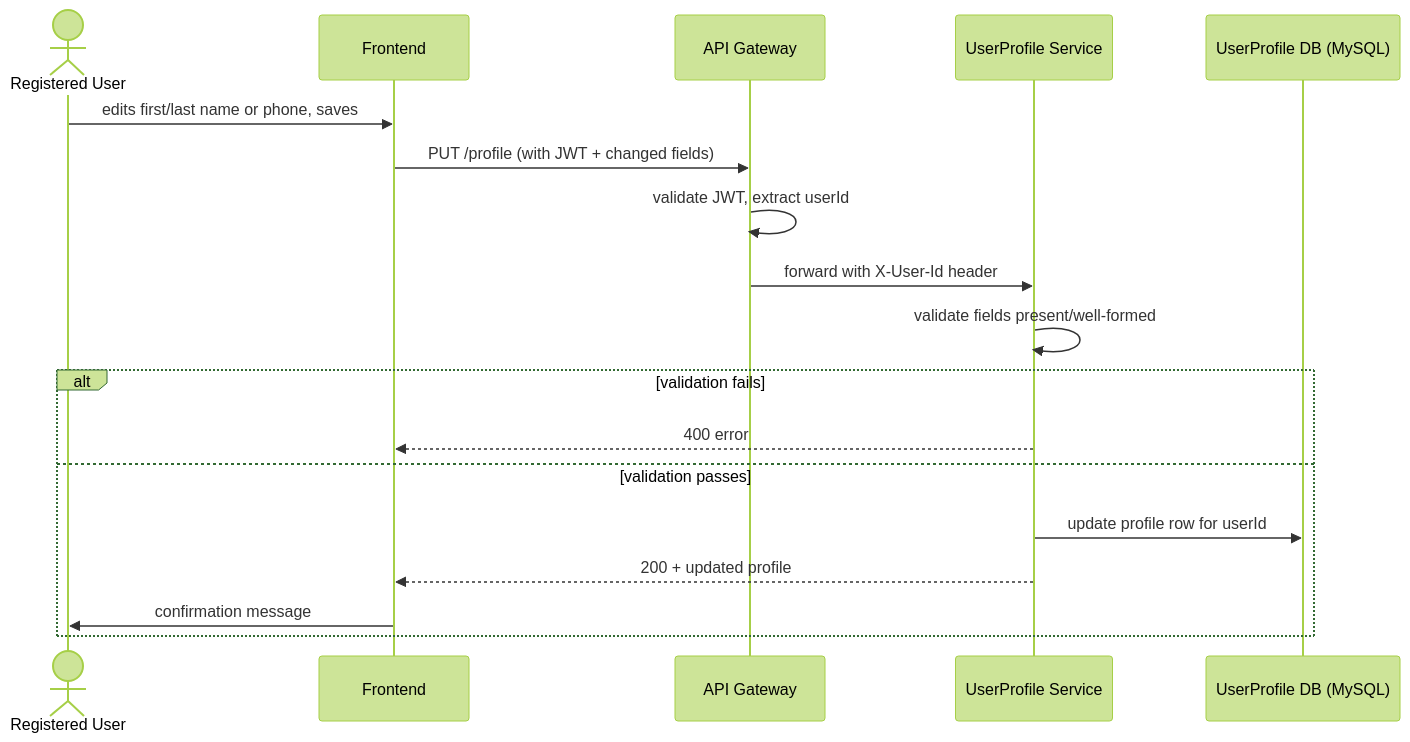
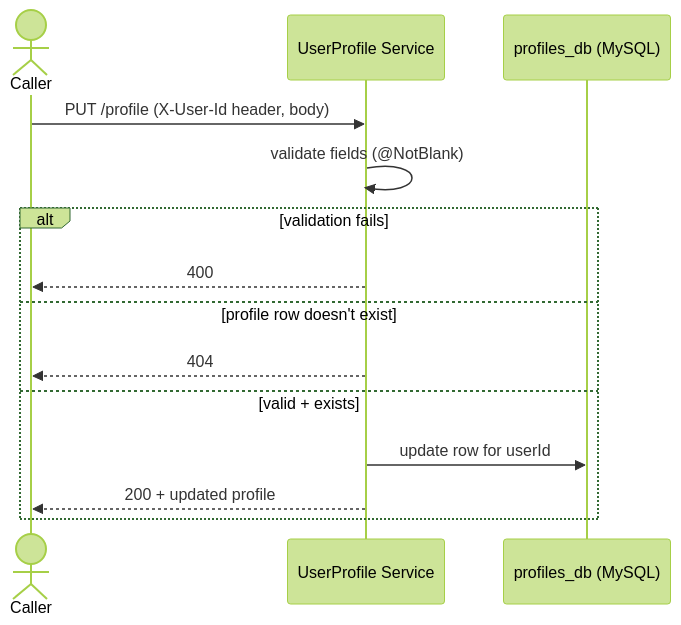
Before and after one commit to mathaisjustin/cardiac-diagonistics: the third of 3 diagrams in docs/01-services/user-profile-service/flows.md, drawn with Mermaid (forest theme). The commit also changed other lines of this file and 29 other files, not shown here.

````diff
--- a/docs/01-services/user-profile-service/flows.md
+++ b/docs/01-services/user-profile-service/flows.md
@@ -63,22 +45,17 @@
 ```mermaid
 sequenceDiagram
-    actor U as Registered User
-    participant FE as Frontend
-    participant GW as API Gateway
+    actor U as Caller
     participant UP as UserProfile Service
-    participant DB as UserProfile DB (MySQL)
+    participant DB as profiles_db (MySQL)
 
-    U->>FE: edits first/last name or phone, saves
-    FE->>GW: PUT /profile (with JWT + changed fields)
-    GW->>GW: validate JWT, extract userId
-    GW->>UP: forward with X-User-Id header
-    UP->>UP: validate fields present/well-formed
-
+    U->>UP: PUT /profile (X-User-Id header, body)
+    UP->>UP: validate fields (@NotBlank)
     alt validation fails
-        UP-->>FE: 400 error
-    else validation passes
-        UP->>DB: update profile row for userId
-        UP-->>FE: 200 + updated profile
-        FE->>U: confirmation message
+        UP-->>U: 400
+    else profile row doesn't exist
+        UP-->>U: 404
+    else valid + exists
+        UP->>DB: update row for userId
+        UP-->>U: 200 + updated profile
     end
 ```
````
